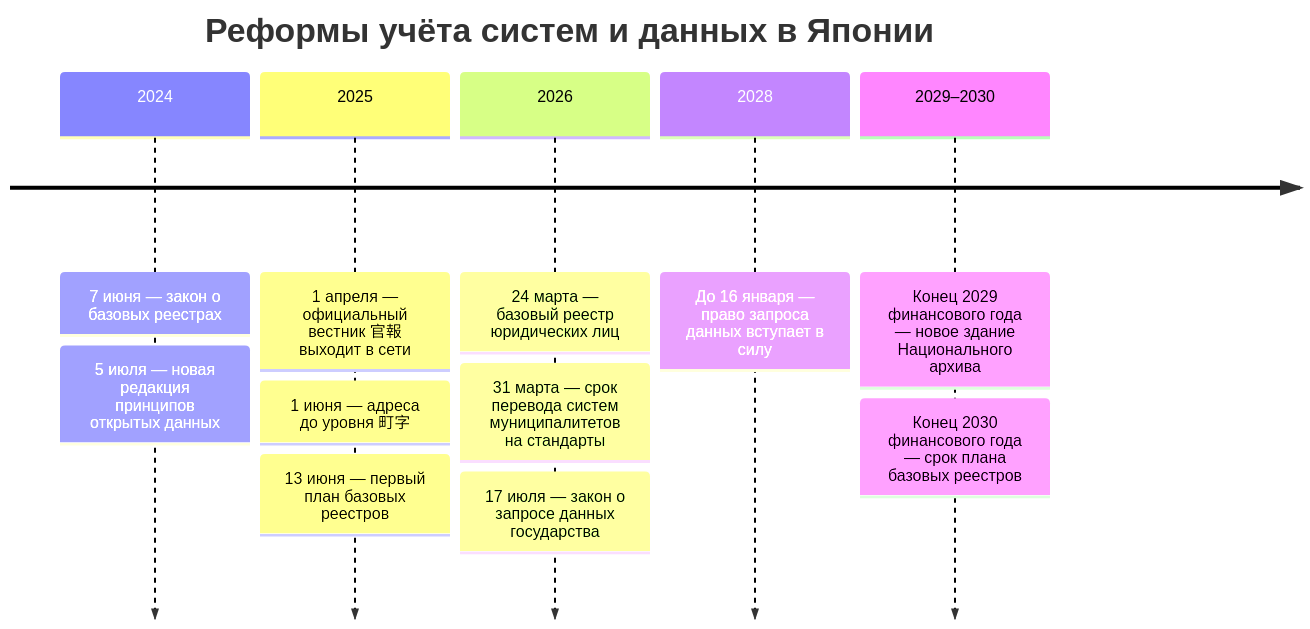
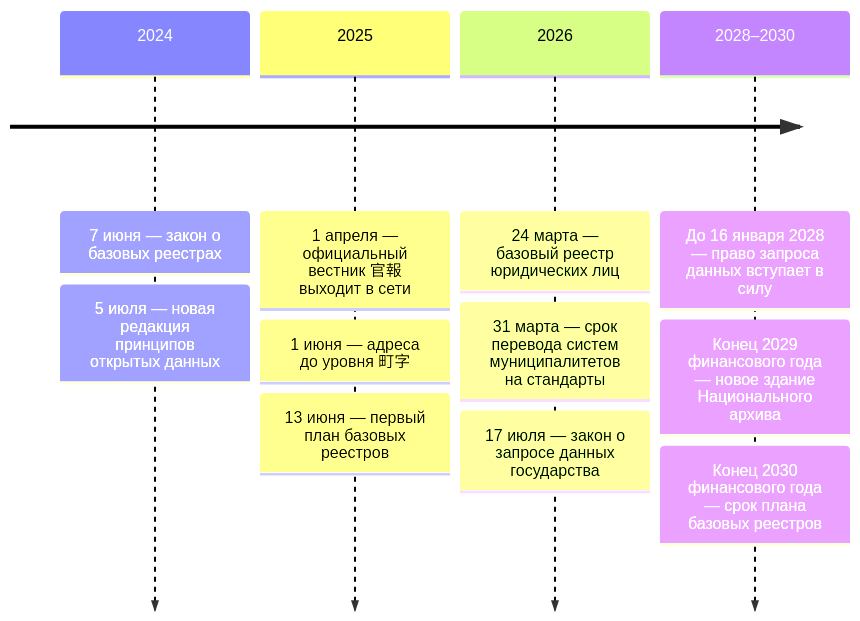
One commit to ivbeg/data-inventory changed the second of 2 diagrams in docs/07-countries/11-japan.md. Above: the diagram before and after it, drawn with Mermaid. The commit also changed other lines of this file and 34 other files, not shown here.

First line of the commit message:
Читаемая карта от продукта и единый размер схем в PDF

````diff
--- a/docs/07-countries/11-japan.md
+++ b/docs/07-countries/11-japan.md
@@ -54,9 +54,13 @@
 ```mermaid
+---
+config:
+  timeline:
+    leftMargin: 0
+    padding: 10
+---
 timeline
-  title Реформы учёта систем и данных в Японии
   2024 : 7 июня — закон о базовых реестрах : 5 июля — новая редакция принципов открытых данных
   2025 : 1 апреля — официальный вестник 官報 выходит в сети : 1 июня — адреса до уровня 町字 : 13 июня — первый план базовых реестров
   2026 : 24 марта — базовый реестр юридических лиц : 31 марта — срок перевода систем муниципалитетов на стандарты : 17 июля — закон о запросе данных государства
-  2028 : До 16 января — право запроса данных вступает в силу
-  2029–2030 : Конец 2029 финансового года — новое здание Национального архива : Конец 2030 финансового года — срок плана базовых реестров
+  2028–2030 : До 16 января 2028 — право запроса данных вступает в силу : Конец 2029 финансового года — новое здание Национального архива : Конец 2030 финансового года — срок плана базовых реестров
 ```
````
